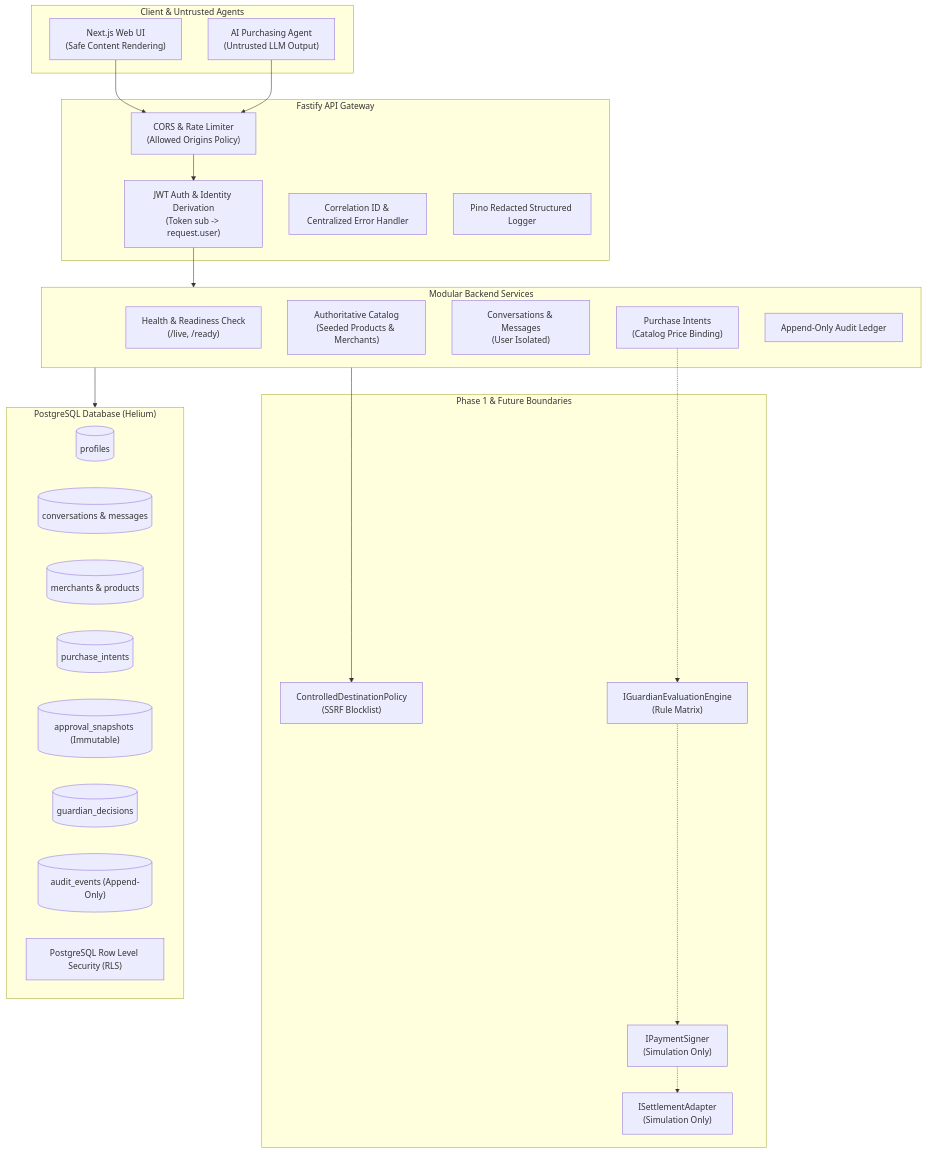
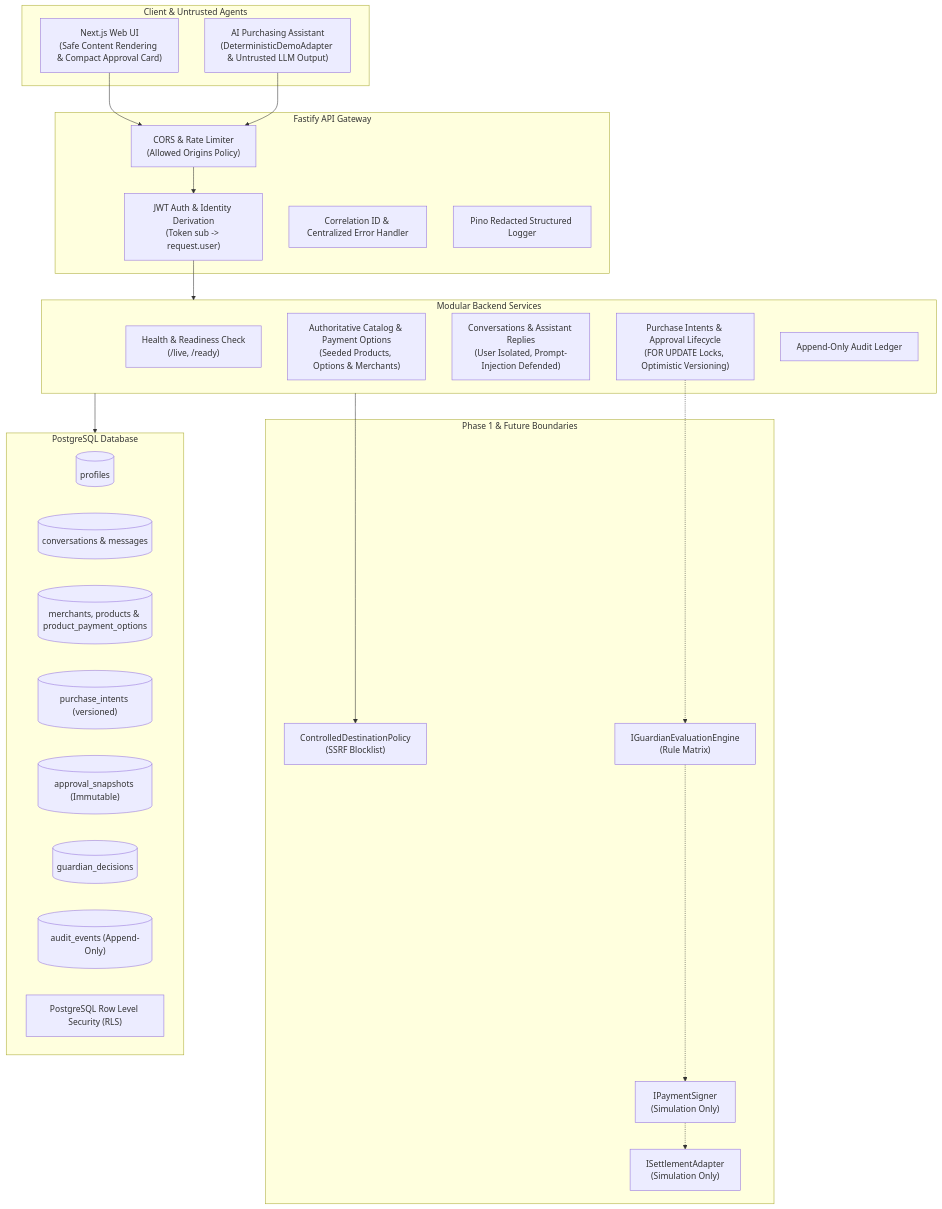
One commit to Kenkei69/CrypBridge changed the first of 2 diagrams in docs/ARCHITECTURE.md. Above: the diagram before and after it, drawn with Mermaid. The commit also changed other lines of this file and 33 other files, not shown here.

Commit message:
feat(phase2): implement purchasing chat, multi-option payments, and authoritative approvals

````diff
--- a/docs/ARCHITECTURE.md
+++ b/docs/ARCHITECTURE.md
@@ -9,50 +9,50 @@
 ```mermaid
 flowchart TD
     subgraph ClientLayer ["Client & Untrusted Agents"]
-        UI["Next.js Web UI\n(Safe Content Rendering)"]
-        Agent["AI Purchasing Agent\n(Untrusted LLM Output)"]
+        UI["Next.js Web UI\n(Safe Content Rendering & Compact Approval Card)"]
+        Agent["AI Purchasing Assistant\n(DeterministicDemoAdapter & Untrusted LLM Output)"]
     end
 
     subgraph APIGateway ["Fastify API Gateway"]
         AuthMid["JWT Auth & Identity Derivation\n(Token sub -> request.user)"]
         CorsRL["CORS & Rate Limiter\n(Allowed Origins Policy)"]
         ErrCorr["Correlation ID & Centralized Error Handler"]
         RedactLog["Pino Redacted Structured Logger"]
     end
 
     subgraph CoreModules ["Modular Backend Services"]
         HealthMod["Health & Readiness Check\n(/live, /ready)"]
-        CatalogMod["Authoritative Catalog\n(Seeded Products & Merchants)"]
-        ConvMod["Conversations & Messages\n(User Isolated)"]
-        PurchaseMod["Purchase Intents\n(Catalog Price Binding)"]
+        CatalogMod["Authoritative Catalog & Payment Options\n(Seeded Products, Options & Merchants)"]
+        ConvMod["Conversations & Assistant Replies\n(User Isolated, Prompt-Injection Defended)"]
+        PurchaseMod["Purchase Intents & Approval Lifecycle\n(FOR UPDATE Locks, Optimistic Versioning)"]
         AuditMod["Append-Only Audit Ledger"]
     end
 
     subgraph IntegrationBoundaries ["Phase 1 & Future Boundaries"]
         DestPol["ControlledDestinationPolicy\n(SSRF Blocklist)"]
         GuardEngine["IGuardianEvaluationEngine\n(Rule Matrix)"]
         Signer["IPaymentSigner\n(Simulation Only)"]
         Settlement["ISettlementAdapter\n(Simulation Only)"]
     end
 
-    subgraph DatabaseLayer ["PostgreSQL Database (Helium)"]
+    subgraph DatabaseLayer ["PostgreSQL Database"]
         ProfilesTbl[("profiles")]
         ConvTbl[("conversations & messages")]
-        CatalogTbl[("merchants & products")]
-        IntentsTbl[("purchase_intents")]
+        CatalogTbl[("merchants, products & product_payment_options")]
+        IntentsTbl[("purchase_intents (versioned)")]
         SnapshotsTbl[("approval_snapshots (Immutable)")]
         DecisionsTbl[("guardian_decisions")]
         AuditTbl[("audit_events (Append-Only)")]
         RLSPolicy["PostgreSQL Row Level Security (RLS)"]
     end
 
     UI --> CorsRL
     Agent --> CorsRL
     CorsRL --> AuthMid
     AuthMid --> CoreModules
     CoreModules --> DatabaseLayer
     PurchaseMod -.-> GuardEngine
     GuardEngine -.-> Signer
     Signer -.-> Settlement
     CoreModules --> DestPol
 ```
````
